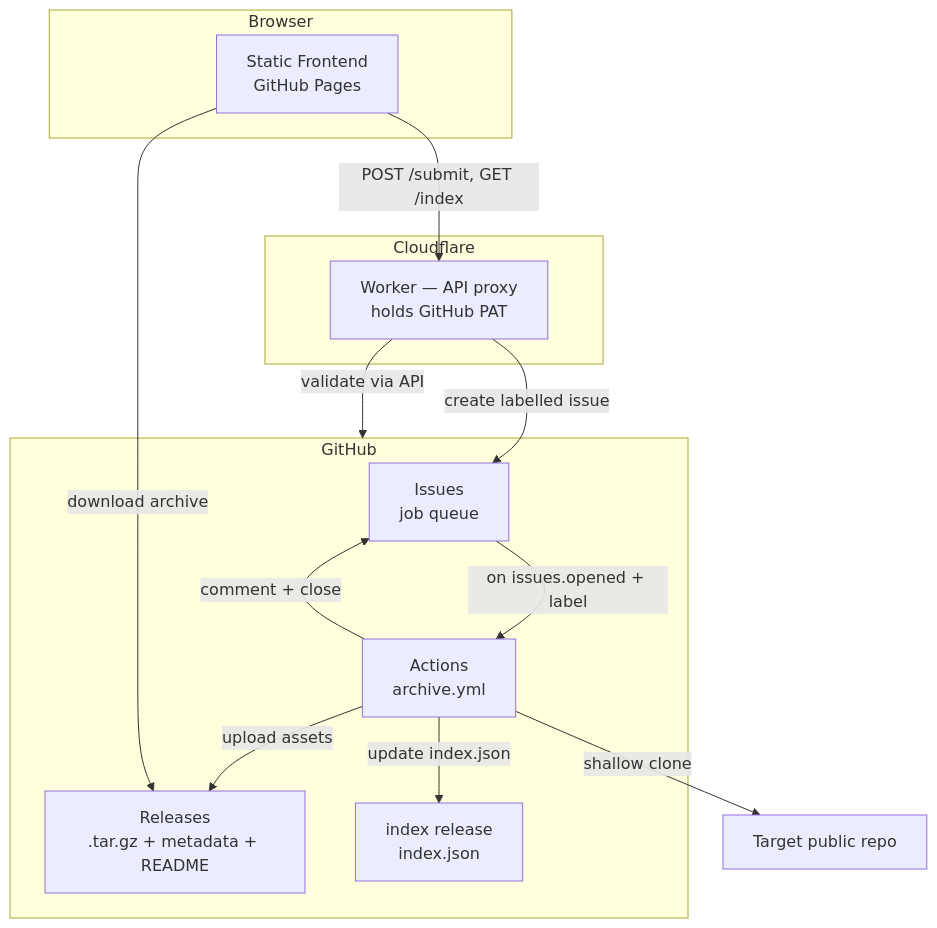
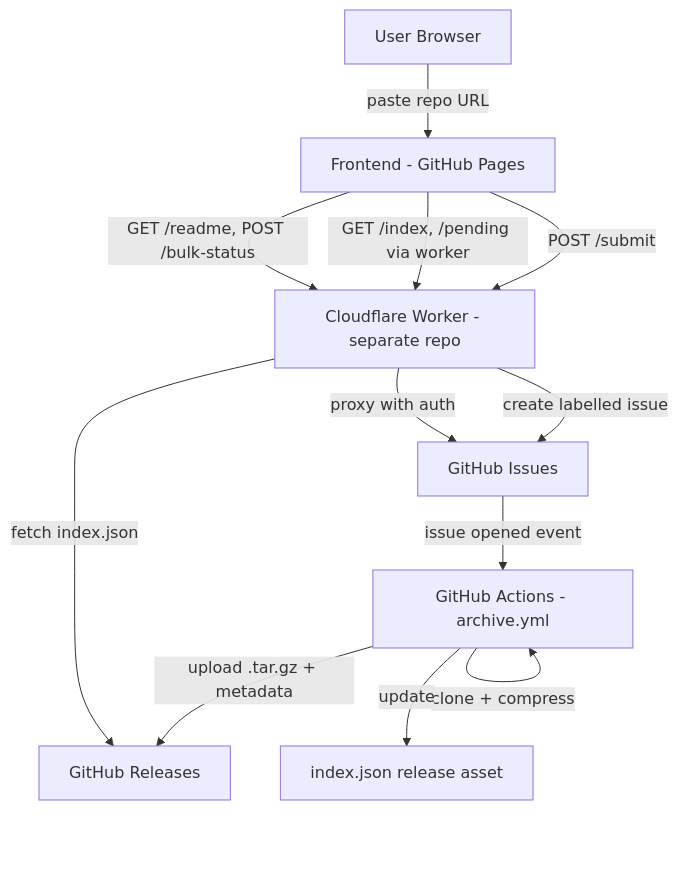
One commit to Technical-1/All-About-Me changed the diagram in public/data/portfolio/Git-Archiver-Web/architecture.md. Above: the diagram before and after it, drawn with Mermaid. The commit also changed other lines of this file and 54 other files, not shown here.

````diff
--- a/public/data/portfolio/Git-Archiver-Web/architecture.md
+++ b/public/data/portfolio/Git-Archiver-Web/architecture.md
@@ -5,29 +7,14 @@
 ```mermaid
-flowchart TB
-    subgraph Browser["Browser"]
-        FE[Static Frontend<br/>GitHub Pages]
-    end
-
-    subgraph CF["Cloudflare"]
-        CW[Worker — API proxy<br/>holds GitHub PAT]
-    end
-
-    subgraph GH["GitHub"]
-        GI[Issues<br/>job queue]
-        GA[Actions<br/>archive.yml]
-        GR[Releases<br/>.tar.gz + metadata + README]
-        IDX[index release<br/>index.json]
-    end
-
-    REPO[Target public repo]
-
-    FE -->|POST /submit, GET /index| CW
-    CW -->|validate via API| GH
-    CW -->|create labelled issue| GI
-    GI -->|on issues.opened + label| GA
-    GA -->|shallow clone| REPO
-    GA -->|upload assets| GR
-    GA -->|update index.json| IDX
-    GA -->|comment + close| GI
-    FE -->|download archive| GR
+flowchart TD
+    User[User Browser] -->|paste repo URL| FE[Frontend - GitHub Pages]
+    FE -->|POST /submit| WK[Cloudflare Worker - separate repo]
+    WK -->|create labelled issue| GH[GitHub Issues]
+    GH -->|issue opened event| GA[GitHub Actions - archive.yml]
+    GA -->|clone + compress| GA
+    GA -->|upload .tar.gz + metadata| REL[GitHub Releases]
+    GA -->|update| IDX[index.json release asset]
+    FE -->|GET /index, /pending via worker| WK
+    WK -->|fetch index.json| REL
+    FE -->|GET /readme, POST /bulk-status| WK
+    WK -->|proxy with auth| GH
 ```
````
